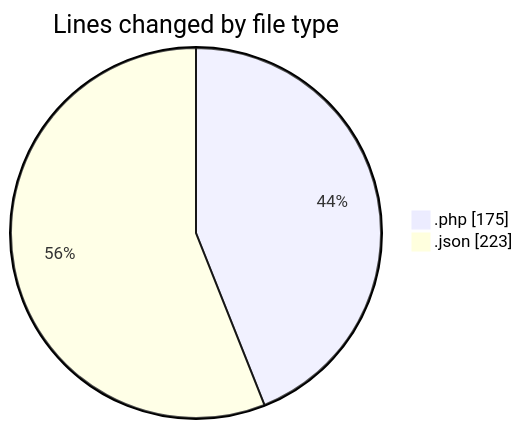
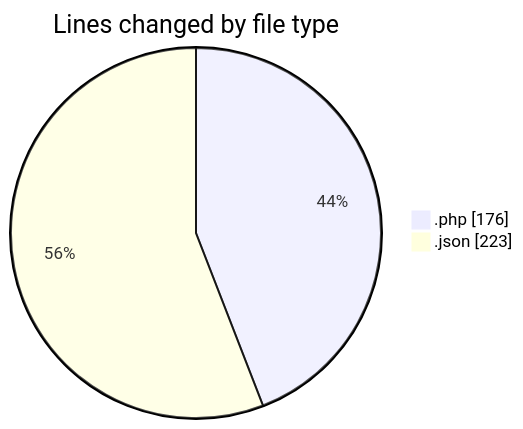
One commit to idhammustaqopulfikri/code-tracking changed the first of 2 diagrams in 2025-03-27/autodidak/README.md. Above: the diagram before and after it, drawn with Mermaid. The commit also changed other lines of this file and 1 other file, not shown here.

````diff
--- a/2025-03-27/autodidak/README.md
+++ b/2025-03-27/autodidak/README.md
@@ -23,6 +23,6 @@
 ```mermaid
 pie showData
 title Lines changed by file type
-".php" : 175
+".php" : 176
 ".json" : 223
 ```
````
